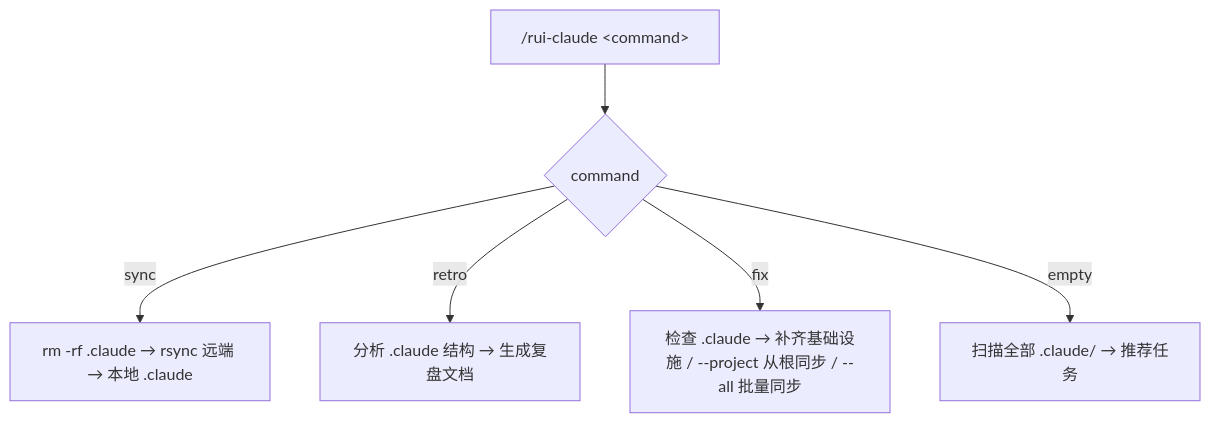
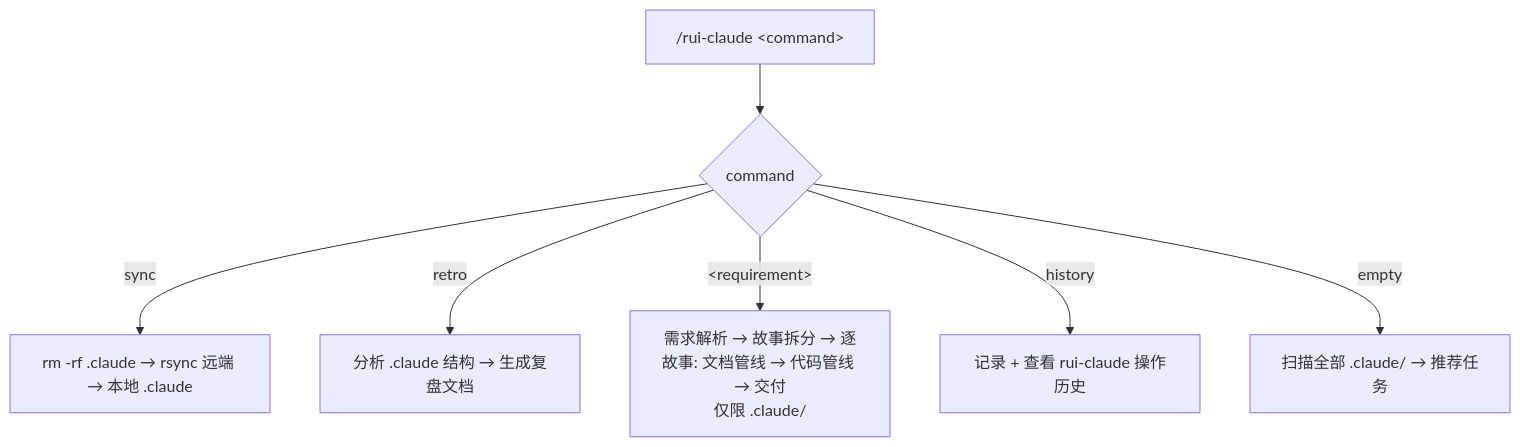
One commit to effiy/YiWeb changed the first of 6 diagrams in .claude/skills/rui-claude/SKILL.md. Above: the diagram before and after it, drawn with Mermaid. The commit also changed other lines of this file and 45 other files, not shown here.

````diff
--- a/.claude/skills/rui-claude/SKILL.md
+++ b/.claude/skills/rui-claude/SKILL.md
@@ -12,8 +12,9 @@
 ```mermaid
 flowchart TD
     USER["/rui-claude &lt;command&gt;"] --> ROUTE{command}
     ROUTE -->|sync| SYNC["rm -rf .claude → rsync 远端 → 本地 .claude"]
     ROUTE -->|retro| RETRO["分析 .claude 结构 → 生成复盘文档"]
-    ROUTE -->|fix| FIX["检查 .claude → 补齐基础设施 / --project 从根同步 / --all 批量同步"]
+    ROUTE -->|"&lt;requirement&gt;"| FULL["需求解析 → 故事拆分 → 逐故事: 文档管线 → 代码管线 → 交付<br/>仅限 .claude/"]
+    ROUTE -->|history| HISTORY["记录 + 查看 rui-claude 操作历史"]
     ROUTE -->|empty| RECOMMEND["扫描全部 .claude/ → 推荐任务"]
 ```
````
